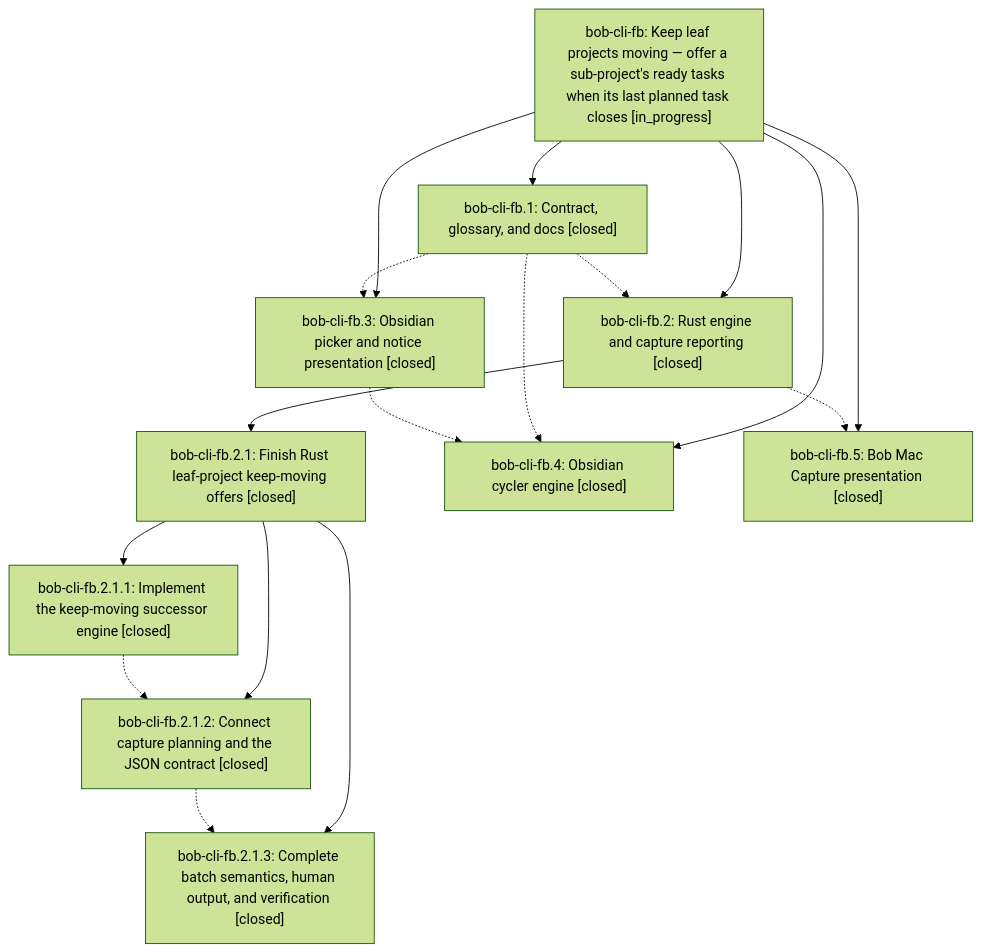
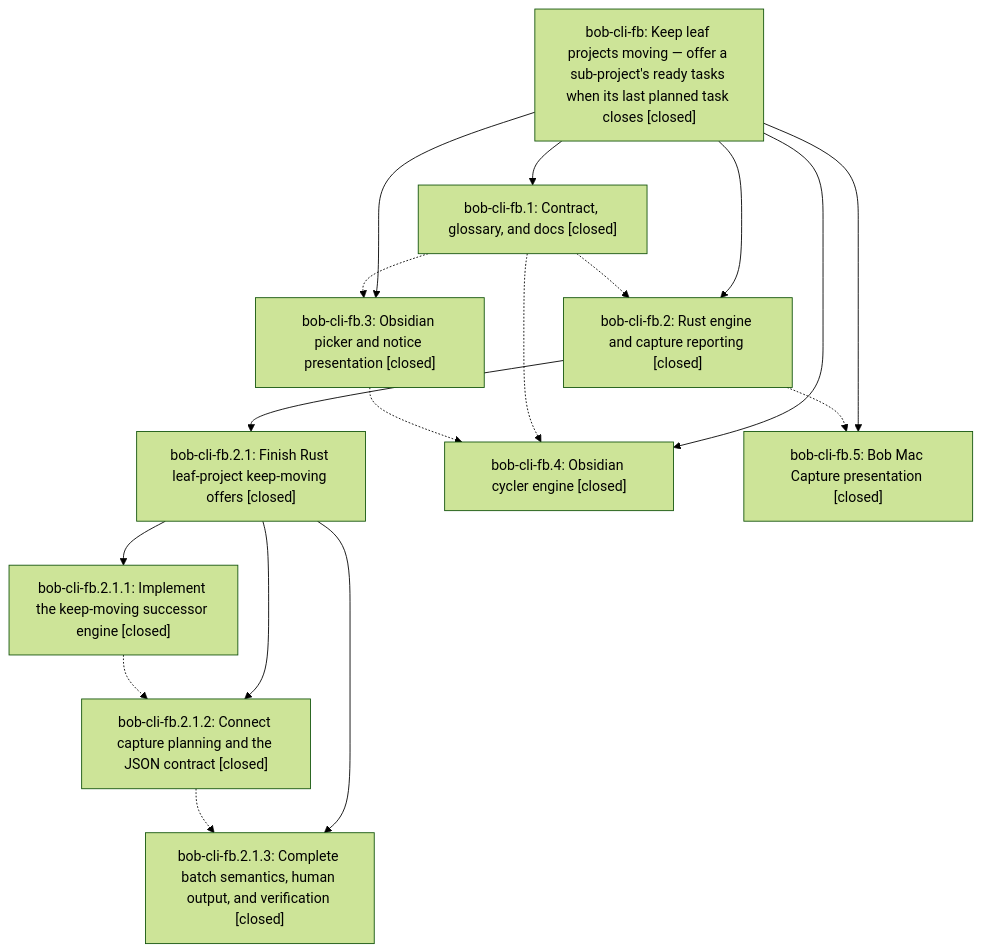
The diagram in pages/bob-cli-fb/README.md (bobs-org/bob-cli--beads), drawn with Mermaid (forest theme) before and after one commit. The commit also changed other lines of this file and 4 other files, not shown here.

First line of the commit message:
chore(beads): sync bead state and pages for bob-cli-fb

````diff
--- a/pages/bob-cli-fb/README.md
+++ b/pages/bob-cli-fb/README.md
@@ -44,29 +55,29 @@
 ```mermaid
 flowchart TD
-    n0["bob-cli-fb: Keep leaf projects moving — offer a sub-project's ready tasks when its last planned task closes [in_progress]"]
+    n0["bob-cli-fb: Keep leaf projects moving — offer a sub-project's ready tasks when its last planned task closes [closed]"]
     n1["bob-cli-fb.1: Contract, glossary, and docs [closed]"]
     n2["bob-cli-fb.2: Rust engine and capture reporting [closed]"]
     n3["bob-cli-fb.2.1: Finish Rust leaf-project keep-moving offers [closed]"]
     n4["bob-cli-fb.2.1.1: Implement the keep-moving successor engine [closed]"]
     n5["bob-cli-fb.2.1.2: Connect capture planning and the JSON contract [closed]"]
     n6["bob-cli-fb.2.1.3: Complete batch semantics, human output, and verification [closed]"]
     n7["bob-cli-fb.3: Obsidian picker and notice presentation [closed]"]
     n8["bob-cli-fb.4: Obsidian cycler engine [closed]"]
     n9["bob-cli-fb.5: Bob Mac Capture presentation [closed]"]
     n0 --> n1
     n0 --> n2
     n2 --> n3
     n3 --> n4
     n3 --> n5
     n3 --> n6
     n0 --> n7
     n0 --> n8
     n0 --> n9
     n1 -.-> n2
     n1 -.-> n7
     n1 -.-> n8
     n2 -.-> n9
     n4 -.-> n5
     n5 -.-> n6
     n7 -.-> n8
 ```
````
